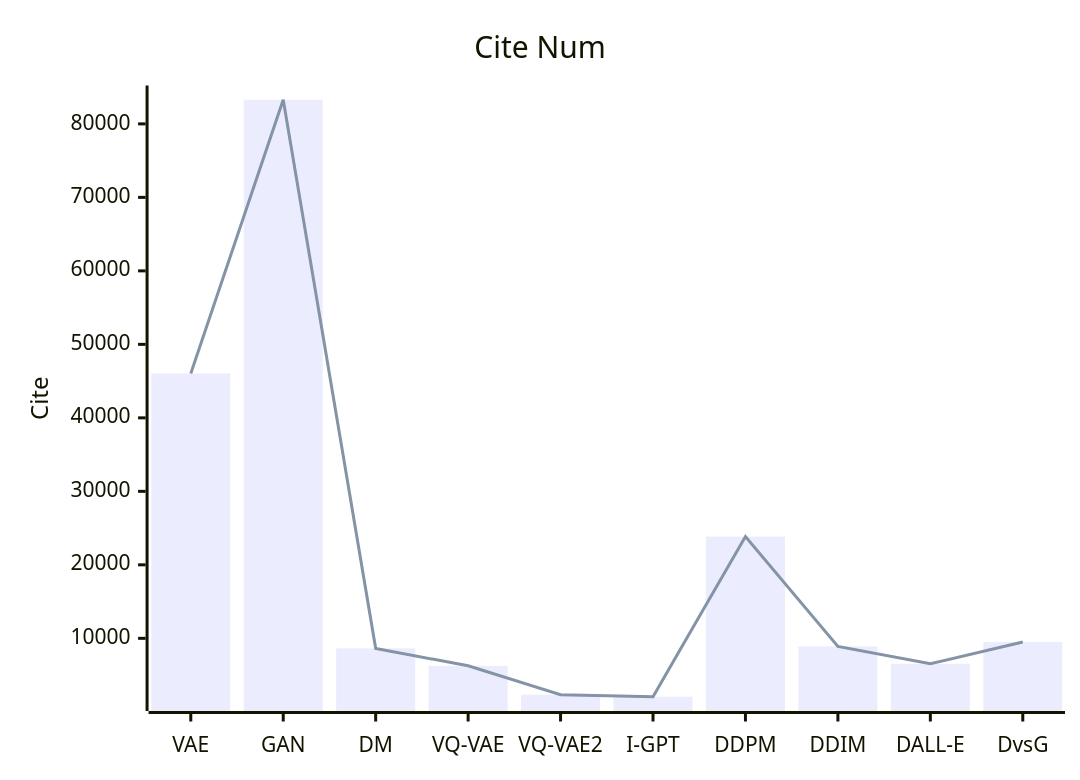
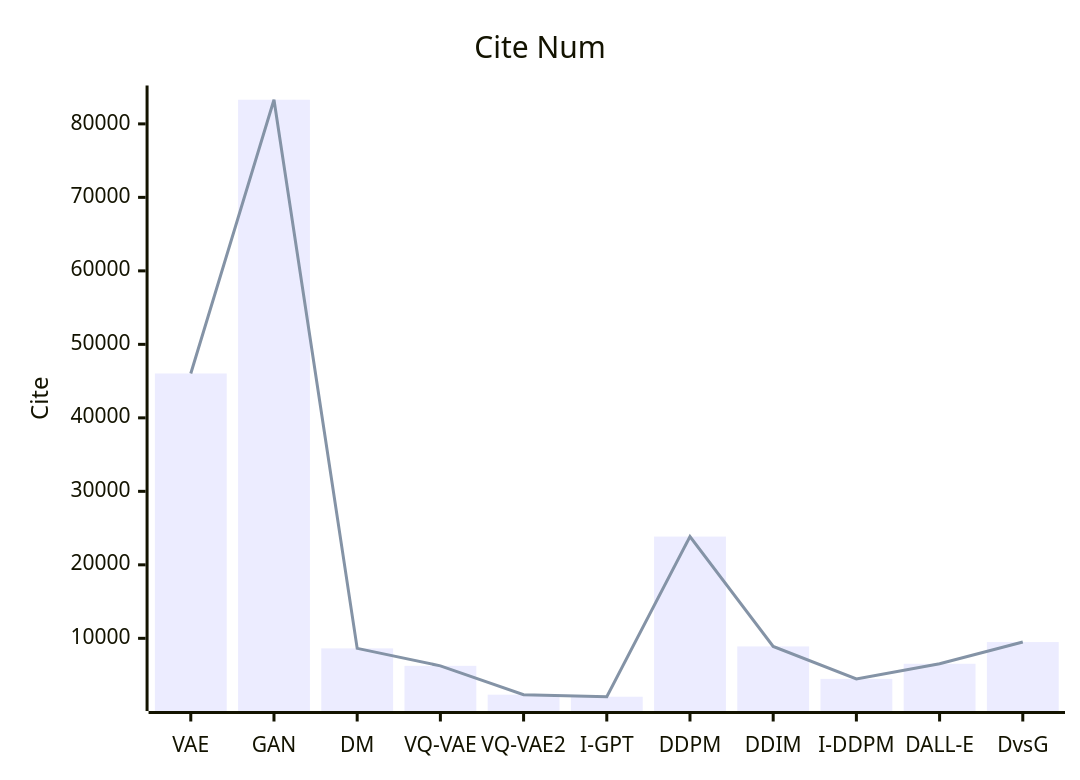
Before and after one commit to Elephant-King9/Paper: the fifth of 5 diagrams in Base_Model/GAN+VAE+Diffusion/analyse.md, drawn with Mermaid. The commit also changed other lines of this file and 2 other files, not shown here.

````diff
--- a/Base_Model/GAN+VAE+Diffusion/analyse.md
+++ b/Base_Model/GAN+VAE+Diffusion/analyse.md
@@ -105,8 +121,8 @@
 ```mermaid
     xychart-beta
     title "Cite Num"
-    x-axis [VAE,GAN,DM,VQ-VAE,VQ-VAE2,I-GPT,DDPM,DDIM,DALL-E,D vs G]
+    x-axis [VAE,GAN,DM,VQ-VAE,VQ-VAE2,I-GPT,DDPM,DDIM,I-DDPM,DALL-E,D vs G]
     y-axis "Cite" 
-    bar [46034, 83283, 8634,6258, 2329, 2050, 23847, 8896,6536, 9492]
-    line [46034, 83283, 8634,6258, 2329, 2050, 23847, 8896,6536, 9492]
+    bar [46034, 83283, 8634,6258, 2329, 2050, 23847, 8896,4481,6536, 9492]
+    line [46034, 83283, 8634,6258, 2329, 2050, 23847, 8896,4481,6536, 9492]
 ```
````
